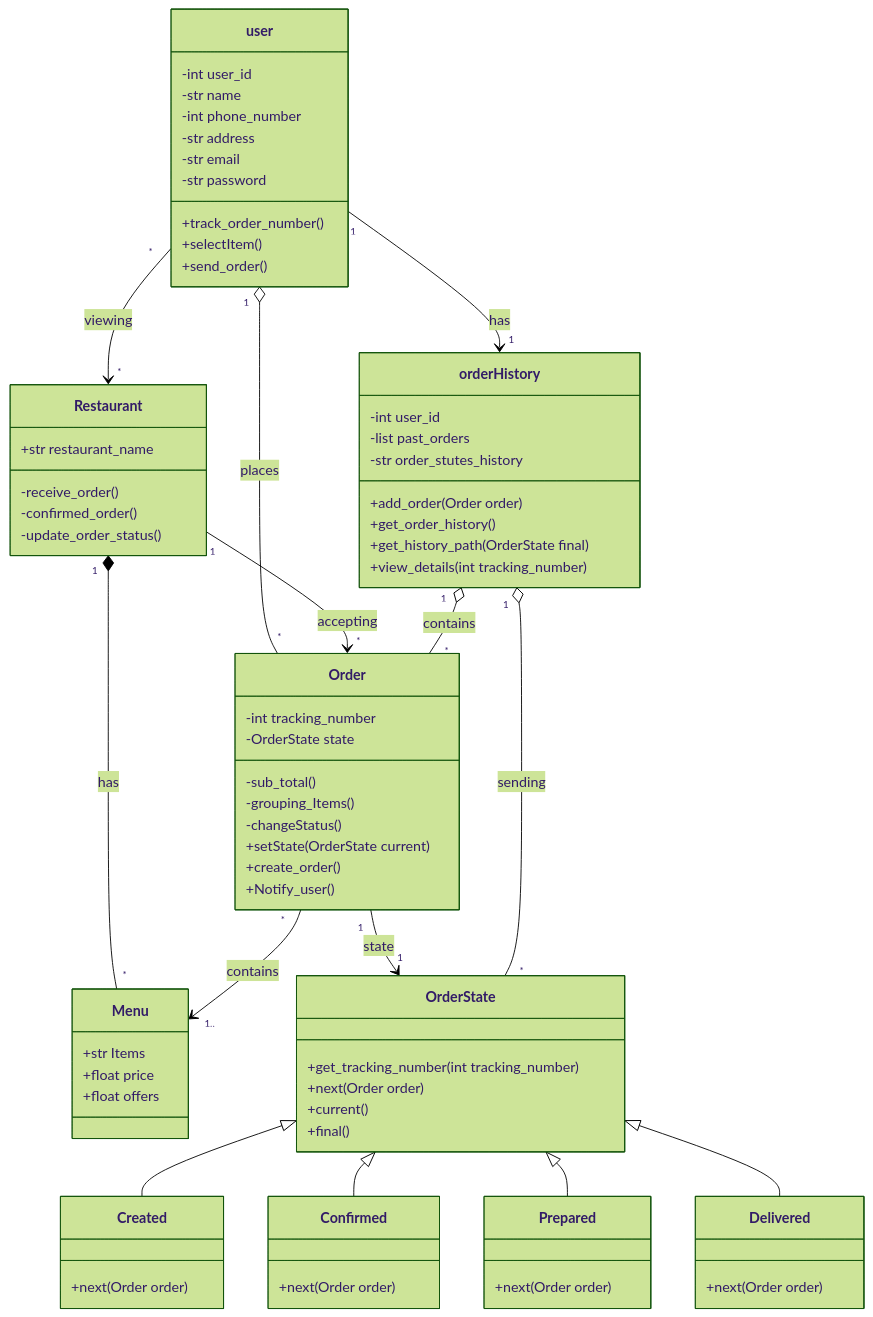
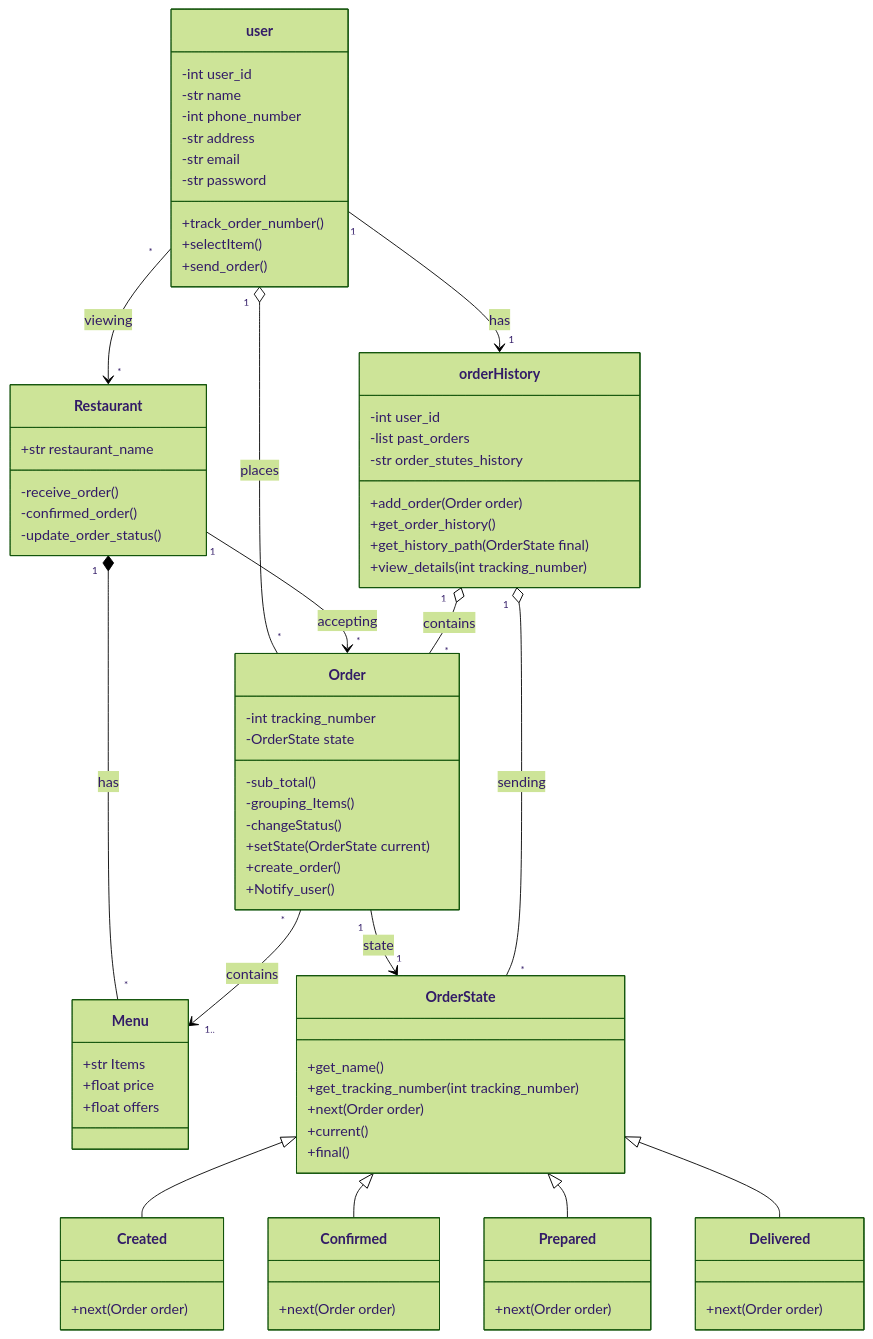
Before and after one commit to Tmadeer/Architecture_Plan_For_FoodDeliveryPlatform: the diagram in taktakah/newclassdiagram.mmd, drawn with Mermaid (forest theme).

Commit message:
trying out

```diff
--- a/taktakah/newclassdiagram.mmd
+++ b/taktakah/newclassdiagram.mmd
@@ -1,85 +1,86 @@
 classDiagram
 direction TB
 
     class user {
         -int user_id
         -str name
         -int phone_number
         -str address
         -str email
         -str password
         +track_order_number()
         +selectItem()
         +send_order()
     }
 
     class Menu {
         +str Items
         +float price
         +float offers
     }
 
     class Restaurant {
         +str restaurant_name
         -receive_order()
         -confirmed_order()
         -update_order_status()
     }
 
     class Order {
         -int tracking_number
         -OrderState state
         -sub_total()
         -grouping_Items()
         -changeStatus()
         +setState(OrderState current)
         +create_order()
         +Notify_user()
     }
 
     class orderHistory {
         -int user_id
         -list past_orders
 	-str order_stutes_history
         +add_order(Order order)
         +get_order_history()
 	+get_history_path(OrderState final)
         +view_details(int tracking_number)
     }
 
     class OrderState {
+	+get_name()
         +get_tracking_number(int tracking_number) 
         +next(Order order)
 	+current()
 	+final()
     }
 
     class Created {
         +next(Order order)
     }
 
     class Confirmed {
         +next(Order order)
     }
 
     class Prepared {
         +next(Order order)
     }
 
     class Delivered {
         +next(Order order)
     }
 
     user "1" o-- "*" Order : places
 Restaurant "1" --> "*" Order : accepting
 Restaurant "1" * -- "*" Menu : has
 user "*" --> "*" Restaurant : viewing
 Order "*" --> "1.." Menu : contains
 user "1" --> "1" orderHistory : has
 orderHistory "1" o-- "*" Order : contains
     Order "1" --> "1" OrderState : state
     OrderState <|-- Created
     OrderState <|-- Confirmed
     OrderState <|-- Prepared
     OrderState <|-- Delivered
 orderHistory "1" o-- "*" OrderState : sending
```
